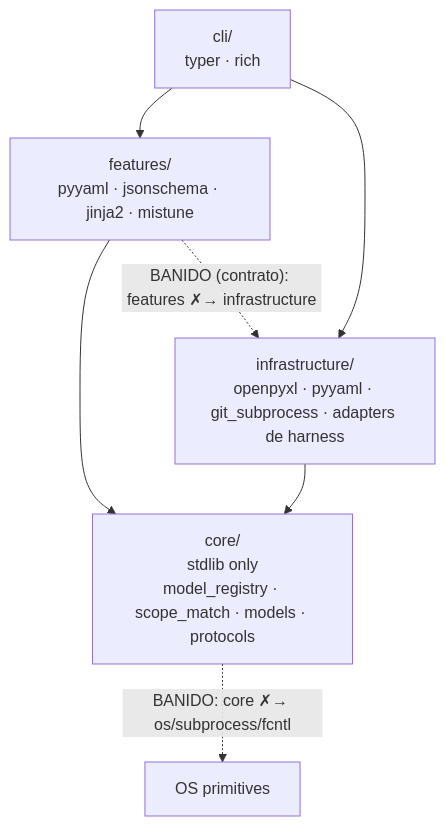
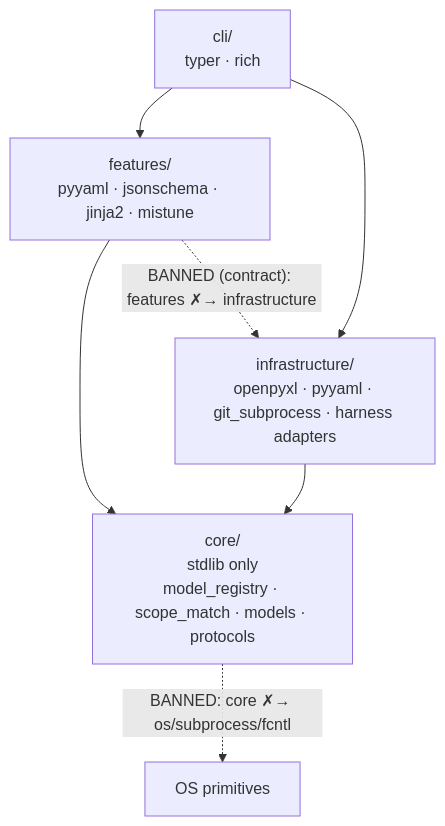
Before and after one commit to marcoaureliomenezes/dadaia-workspace: the diagram in specs/memory/tech-stack.md, drawn with Mermaid. The commit also changed other lines of this file and 31 other files, not shown here.

````diff
--- a/specs/memory/tech-stack.md
+++ b/specs/memory/tech-stack.md
@@ -135,13 +135,13 @@
 ```mermaid
 graph TD
   CLI["cli/<br/>typer · rich"]
   FEAT["features/<br/>pyyaml · jsonschema · jinja2 · mistune"]
-  INFRA["infrastructure/<br/>openpyxl · pyyaml · git_subprocess · adapters de harness"]
+  INFRA["infrastructure/<br/>openpyxl · pyyaml · git_subprocess · harness adapters"]
   CORE["core/<br/>stdlib only<br/>model_registry · scope_match · models · protocols"]
   CLI --> FEAT
   CLI --> INFRA
   FEAT --> CORE
   INFRA --> CORE
-  FEAT -. "BANIDO (contrato): features ✗→ infrastructure" .-> INFRA
-  CORE -. "BANIDO: core ✗→ os/subprocess/fcntl" .-> OSP["OS primitives"]
+  FEAT -. "BANNED (contract): features ✗→ infrastructure" .-> INFRA
+  CORE -. "BANNED: core ✗→ os/subprocess/fcntl" .-> OSP["OS primitives"]
 ```
````
